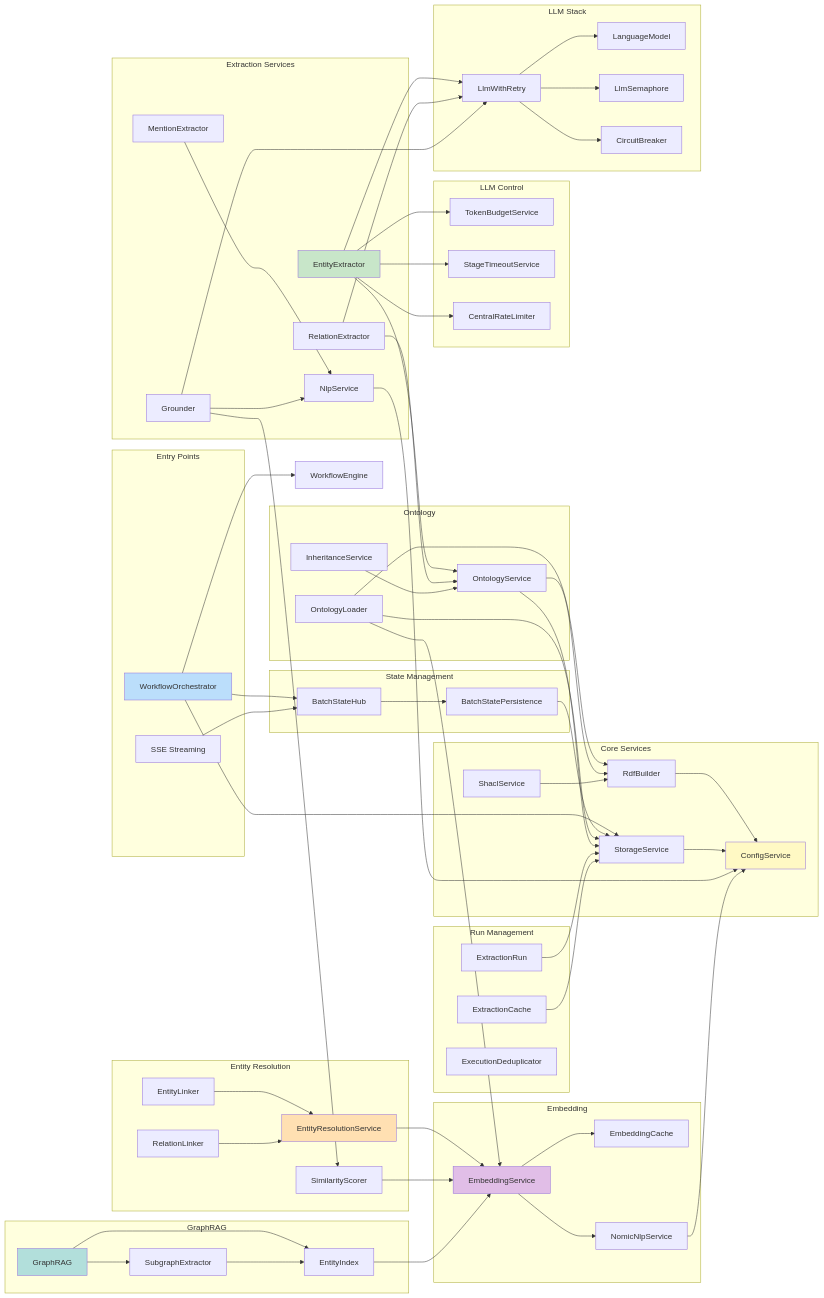
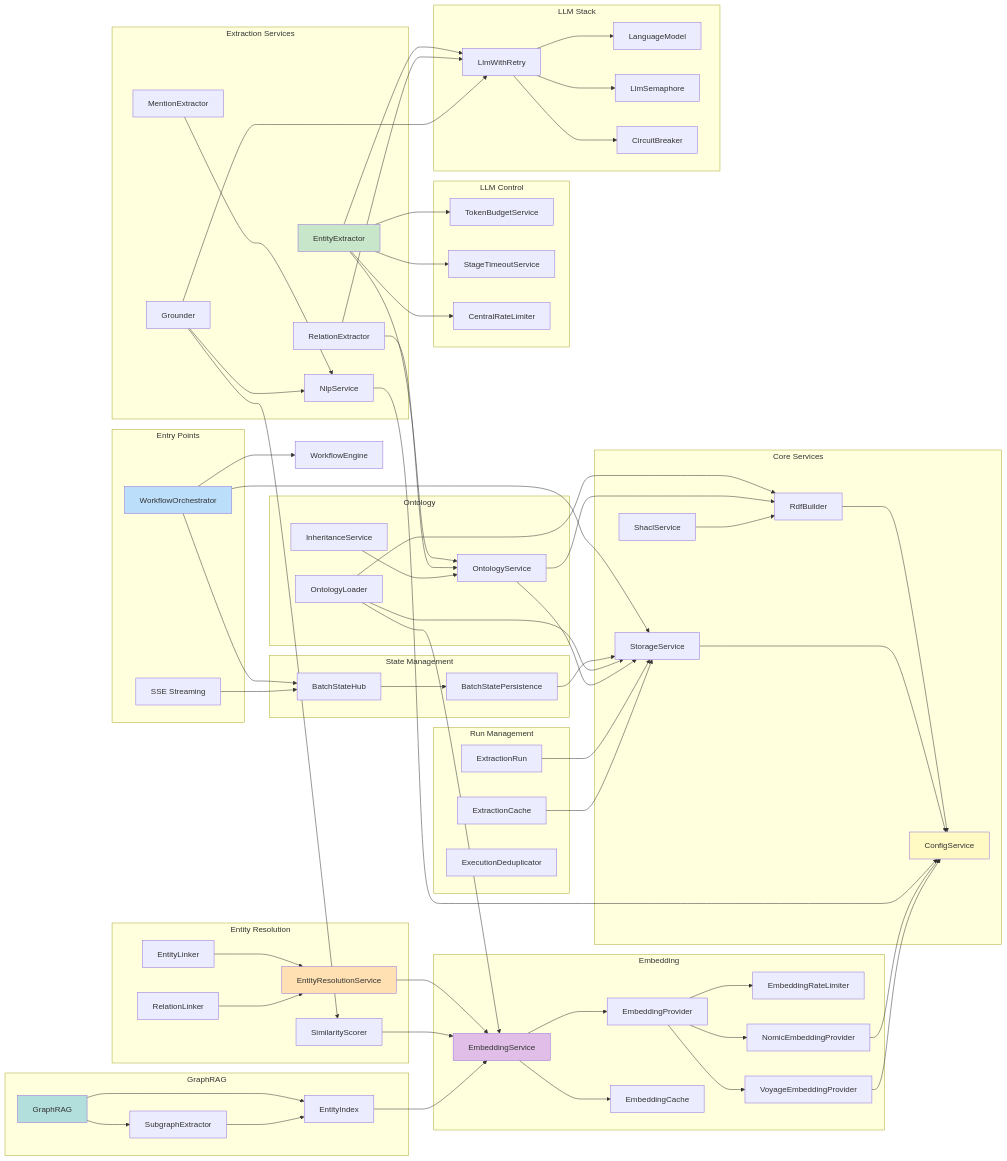
One commit to mepuka/effect-ontology changed the sixth of 20 diagrams in packages/@core-v2/docs/architecture/system-architecture.md. Above: the diagram before and after it, drawn with Mermaid. The commit also changed other lines of this file and 11 other files, not shown here.

First line of the commit message:
docs: Update architecture documentation for embedding provider system

```diff
--- a/packages/@core-v2/docs/architecture/system-architecture.md
+++ b/packages/@core-v2/docs/architecture/system-architecture.md
@@ -427,8 +433,11 @@
 
     subgraph "Embedding"
         ES[EmbeddingService]
+        EP[EmbeddingProvider]
         EC[EmbeddingCache]
-        Nomic[NomicNlpService]
+        ERL[EmbeddingRateLimiter]
+        Nomic[NomicEmbeddingProvider]
+        Voyage[VoyageEmbeddingProvider]
     end
 
     subgraph "GraphRAG"
@@ -500,8 +509,11 @@
     RLink --> ERS
     SS2 --> ES
 
-    ES --> Nomic
+    ES --> EP
     ES --> EC
+    EP --> Nomic
+    EP --> Voyage
+    EP --> ERL
 
     OL --> RB
     OL --> ES
@@ -517,6 +529,7 @@
     SS --> CS
     NLP --> CS
     Nomic --> CS
+    Voyage --> CS
 
     ER --> SS
     ECa --> SS
```
